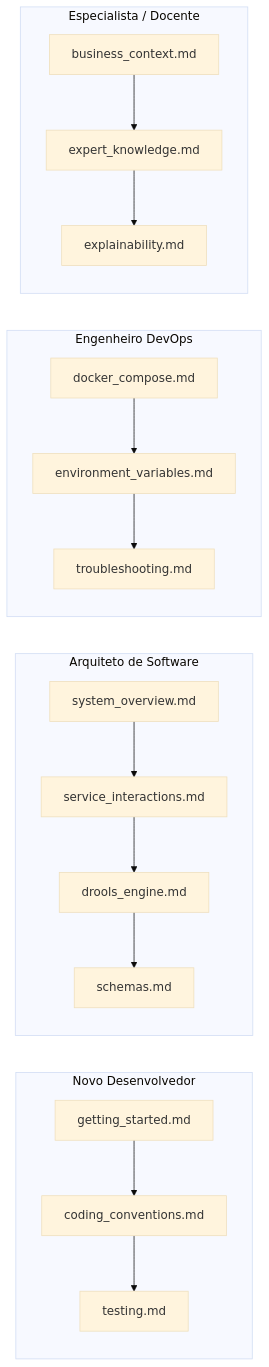
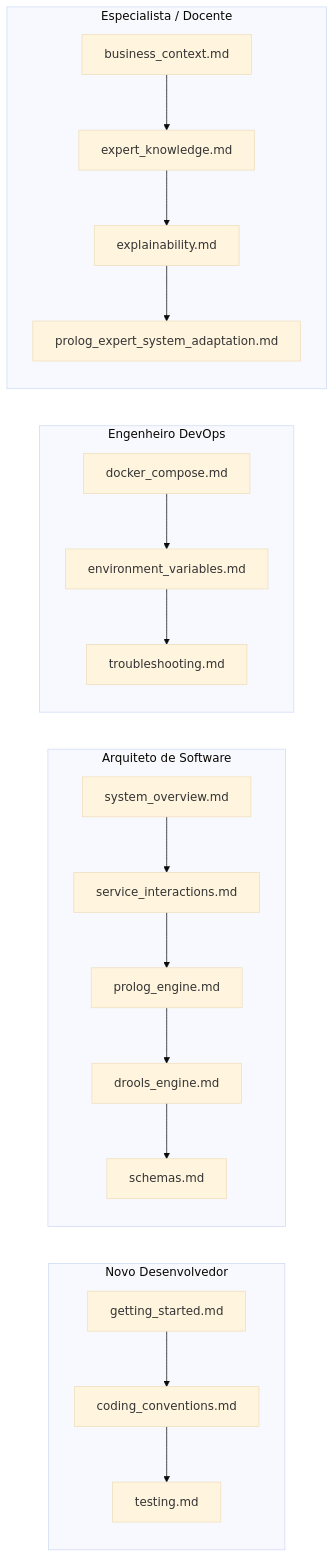
The second of 2 diagrams in docs/README.md (Alvaro1940052/meia-equipa3-challenge1-26_27), drawn with Mermaid (base theme) before and after one commit. The commit also changed other lines of this file and 46 other files, not shown here.

Commit message:
feat: add retail prolog inference engine and backend orchestration support

````diff
--- a/docs/README.md
+++ b/docs/README.md
@@ -143,18 +150,18 @@
 ```mermaid
 flowchart LR
     subgraph PerfilDev ["Novo Desenvolvedor"]
         D1["getting_started.md"] --> D2["coding_conventions.md"] --> D3["testing.md"]
     end
 
     subgraph PerfilArch ["Arquiteto de Software"]
-        A1["system_overview.md"] --> A2["service_interactions.md"] --> A3["drools_engine.md"] --> A4["schemas.md"]
+        A1["system_overview.md"] --> A2["service_interactions.md"] --> A3["prolog_engine.md"] --> A4["drools_engine.md"] --> A5["schemas.md"]
     end
 
     subgraph PerfilOps ["Engenheiro DevOps"]
         O1["docker_compose.md"] --> O2["environment_variables.md"] --> O3["troubleshooting.md"]
     end
 
     subgraph PerfilBiz ["Especialista / Docente"]
-        B1["business_context.md"] --> B2["expert_knowledge.md"] --> B3["explainability.md"]
+        B1["business_context.md"] --> B2["expert_knowledge.md"] --> B3["explainability.md"] --> B4["prolog_expert_system_adaptation.md"]
     end
 ```
````
